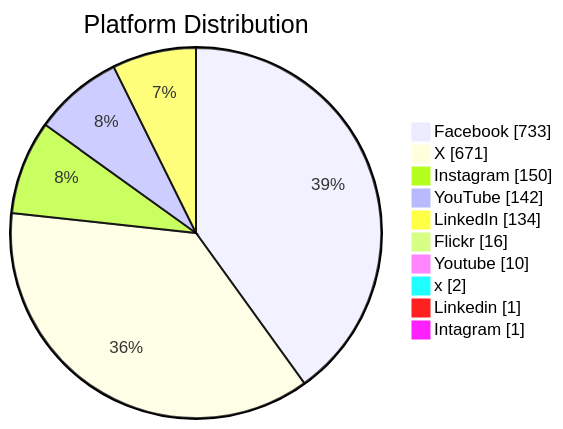
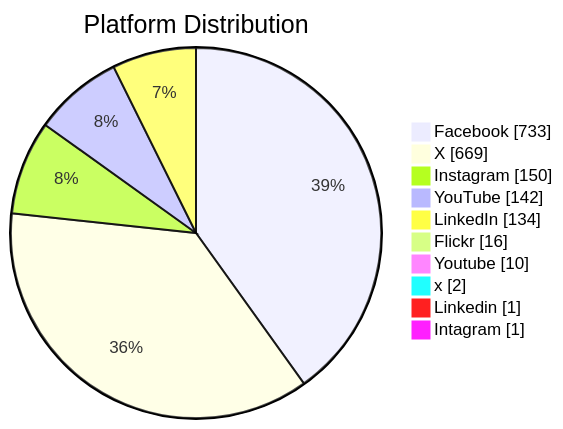
Before and after one commit to PatLittle/GC-Socials: the second of 6 diagrams in README.md, drawn with Mermaid. The commit also changed other lines of this file, not shown here.

Commit message:
Update README with Platform Distribution pie chart

````diff
--- a/README.md
+++ b/README.md
@@ -60,13 +60,13 @@
 ```mermaid
 pie showData title Platform Distribution
     "Facebook": 733
-    "X": 671
+    "X": 669
     "Instagram": 150
     "YouTube": 142
     "LinkedIn": 134
     "Flickr": 16
     "Youtube": 10
     "x": 2
     "Linkedin": 1
     "Intagram": 1
 ```
````
